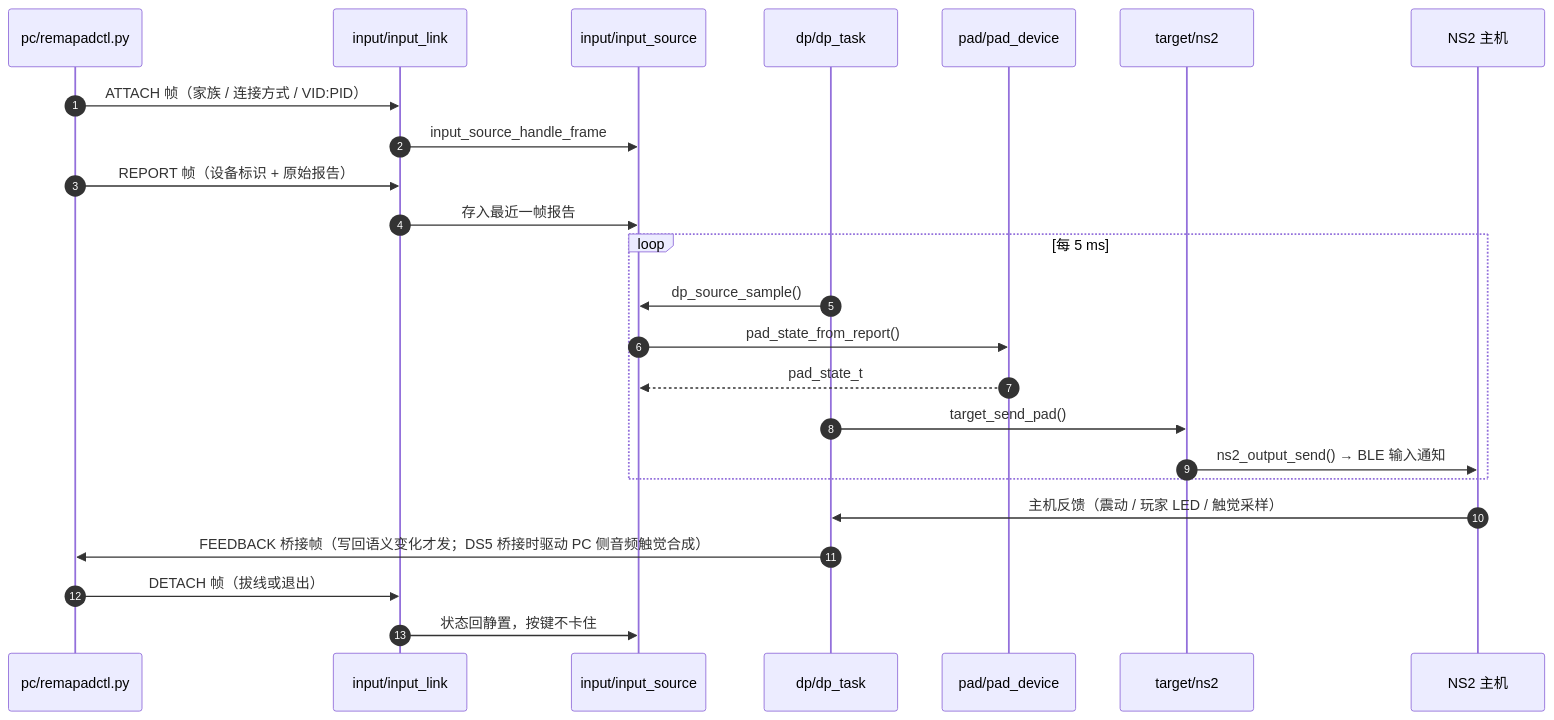
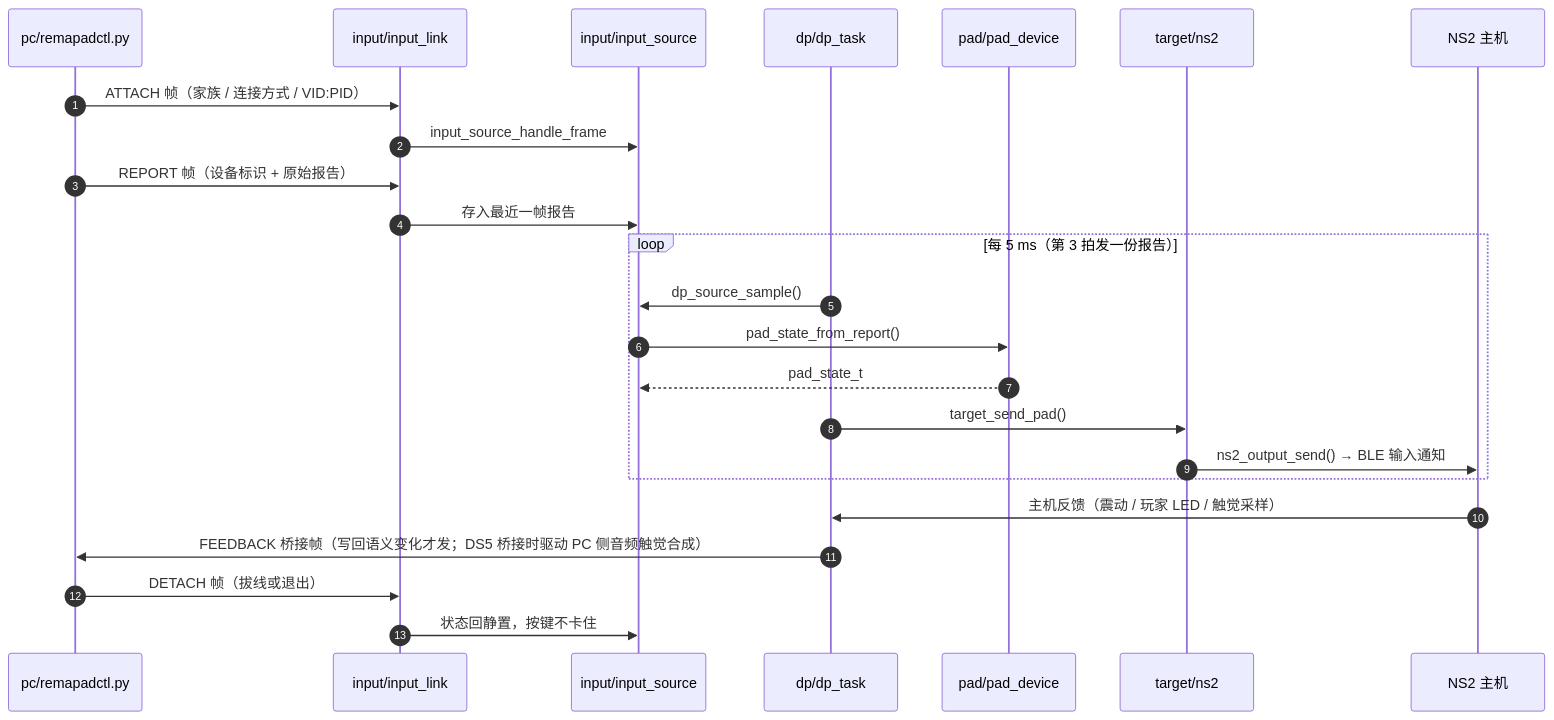
The sixth of 9 diagrams in docs/ABSTRACTIONS.md (slime7/remapad), drawn with Mermaid before and after one commit. The commit also changed other lines of this file and 155 other files, not shown here.

````diff
--- a/docs/ABSTRACTIONS.md
+++ b/docs/ABSTRACTIONS.md
@@ -392,27 +358,27 @@
 ```mermaid
 sequenceDiagram
     autonumber
     participant PC as pc/remapadctl.py
     participant RECV as input/input_link
     participant SRC as input/input_source
     participant DP as dp/dp_task
     participant DEV as pad/pad_device
     participant TGT as target/ns2
     participant HOST as NS2 主机
 
     PC->>RECV: ATTACH 帧（家族 / 连接方式 / VID:PID）
     RECV->>SRC: input_source_handle_frame
     PC->>RECV: REPORT 帧（设备标识 + 原始报告）
     RECV->>SRC: 存入最近一帧报告
-    loop 每 5 ms
+    loop 每 5 ms（第 3 拍发一份报告）
         DP->>SRC: dp_source_sample()
         SRC->>DEV: pad_state_from_report()
         DEV-->>SRC: pad_state_t
         DP->>TGT: target_send_pad()
         TGT->>HOST: ns2_output_send() → BLE 输入通知
     end
     HOST->>DP: 主机反馈（震动 / 玩家 LED / 触觉采样）
     DP->>PC: FEEDBACK 桥接帧（写回语义变化才发；DS5 桥接时驱动 PC 侧音频触觉合成）
     PC->>RECV: DETACH 帧（拔线或退出）
     RECV->>SRC: 状态回静置，按键不卡住
 ```
````
